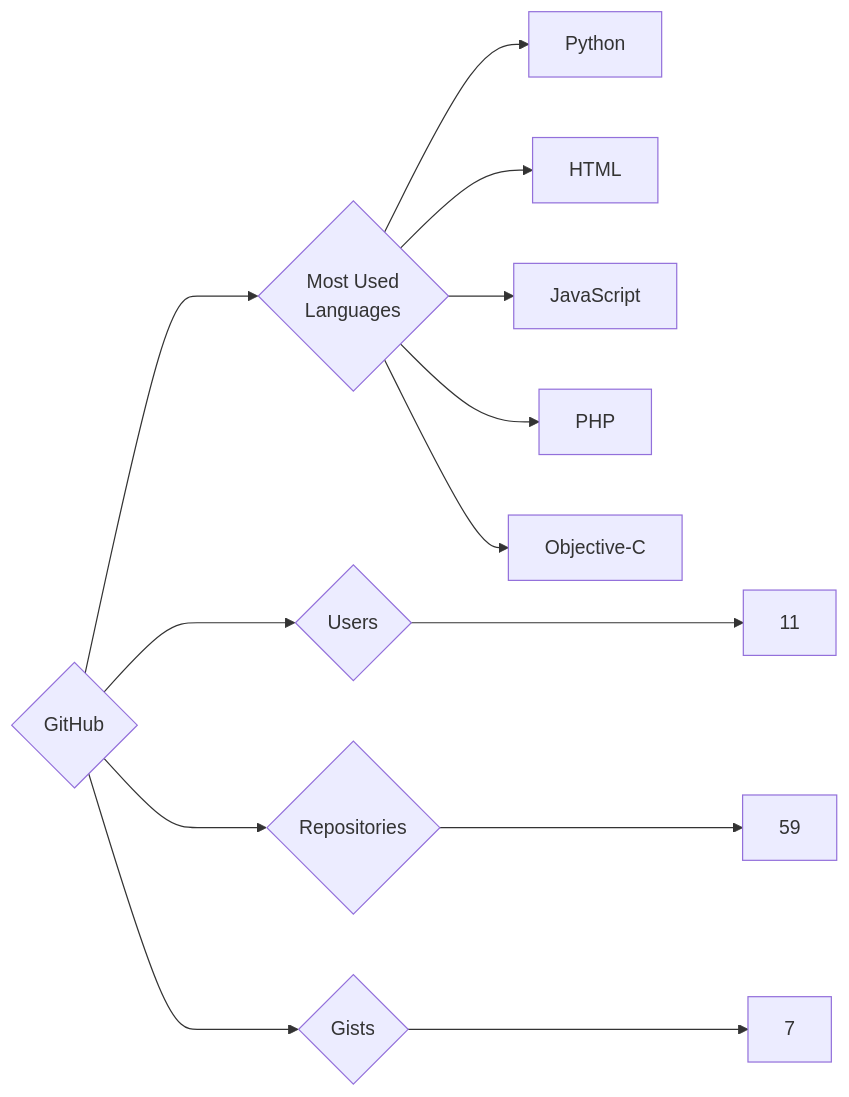
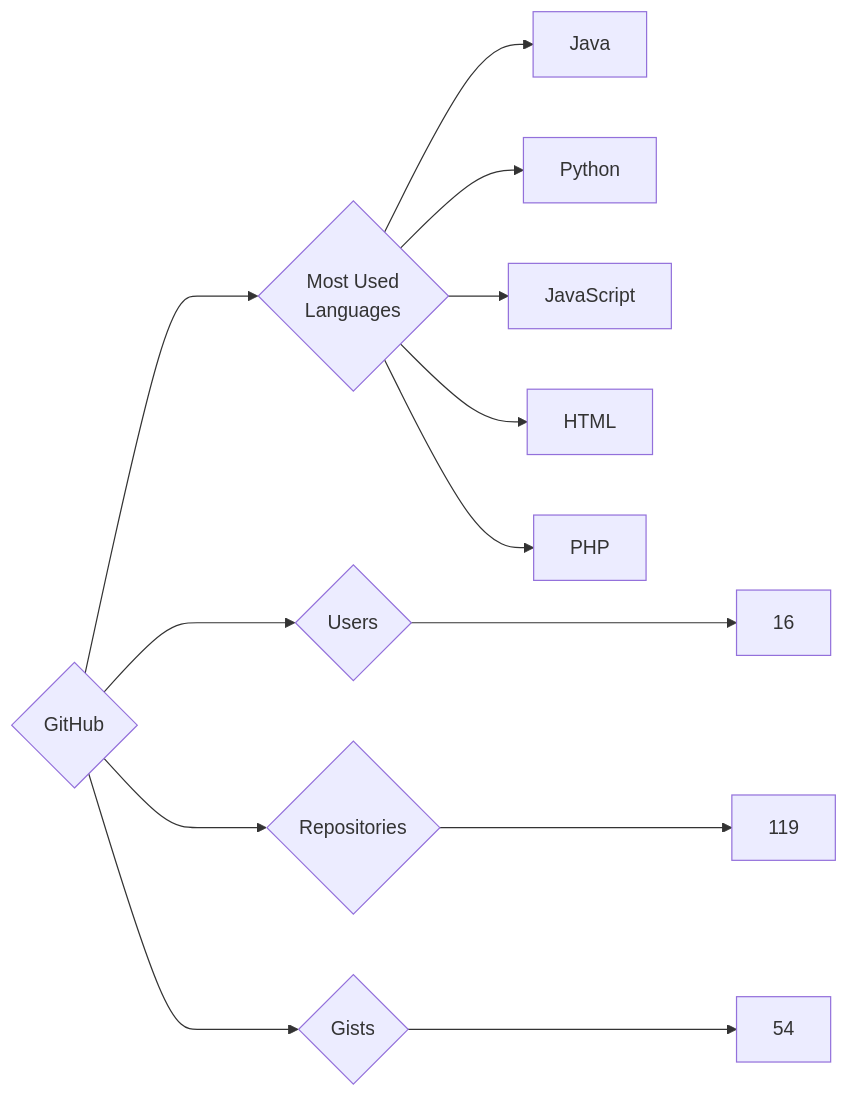
One commit to trickest/insiders changed the diagram in targets/GitHub/README.md. Above: the diagram before and after it, drawn with Mermaid. The commit also changed 1055 other files, not shown here.

````diff
--- a/targets/GitHub/README.md
+++ b/targets/GitHub/README.md
@@ -3,13 +3,13 @@
 ```mermaid
 graph LR
 COMPANY_NAME{GitHub}
-COMPANY_NAME ---> U{Users} ---> UN[11]
-COMPANY_NAME ---> R{Repositories} ---> RN[59]
-COMPANY_NAME ---> G{Gists} ---> GN[7]
+COMPANY_NAME ---> U{Users} ---> UN[16]
+COMPANY_NAME ---> R{Repositories} ---> RN[119]
+COMPANY_NAME ---> G{Gists} ---> GN[54]
 COMPANY_NAME ---> ML{Most Used<br>Languages}
+ML --> Java[Java]
 ML --> Python[Python]
+ML --> JavaScript[JavaScript]
 ML --> HTML[HTML]
-ML --> JavaScript[JavaScript]
 ML --> PHP[PHP]
-ML --> Objective-C[Objective-C]
 ```
````
